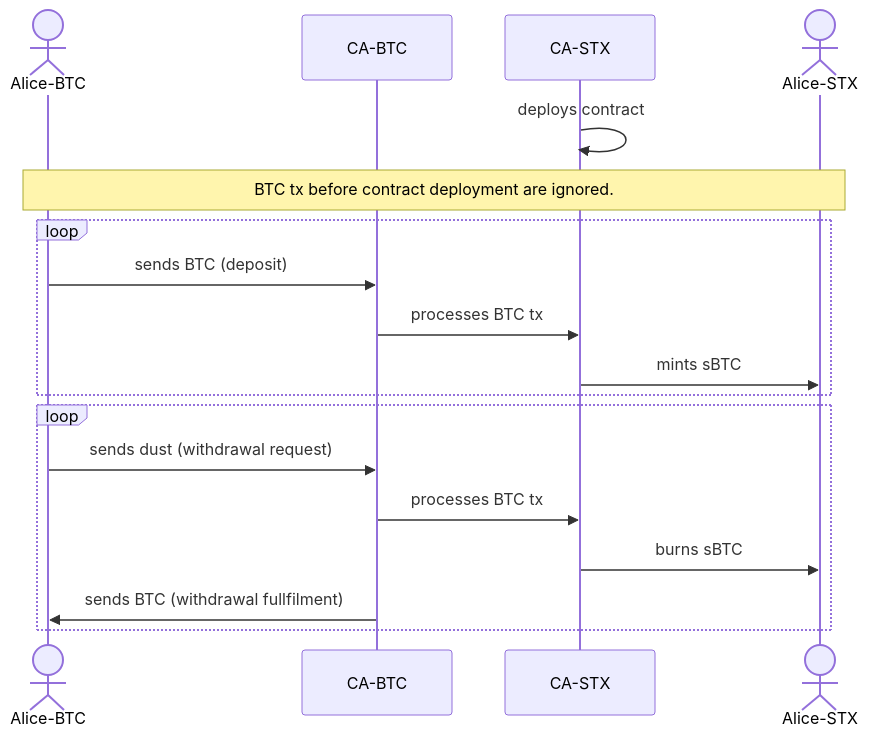
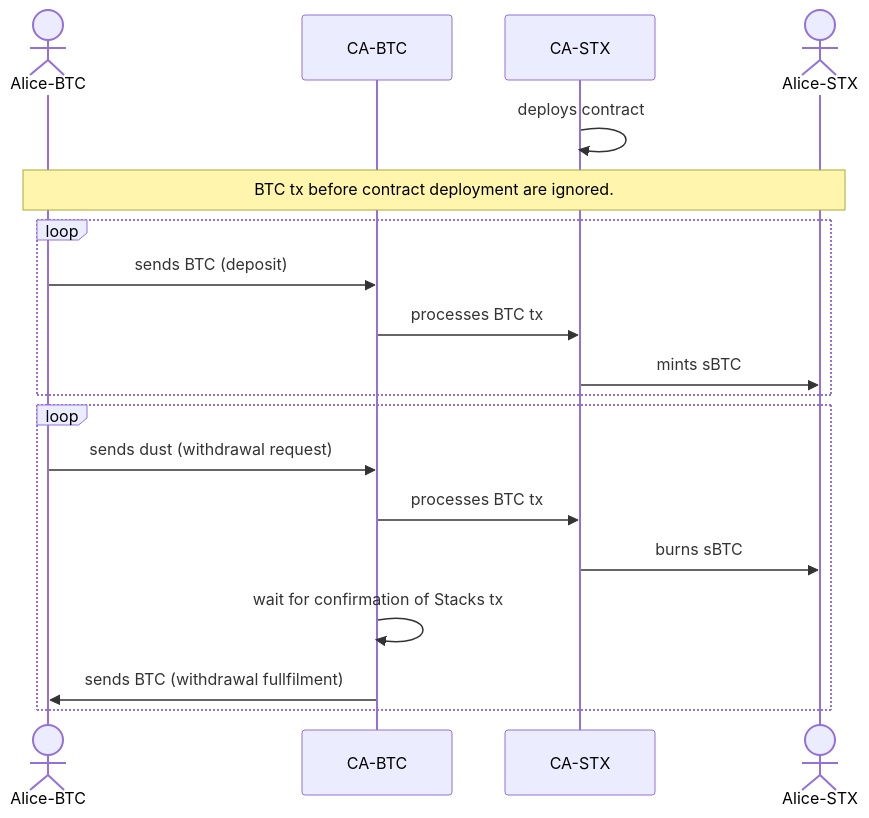
The diagram in src/sbtc-releases/sbtc-dev/get-started.md (stacks-network/sbtc-docs), drawn with Mermaid before and after one commit. The commit also changed other lines of this file and 1 other file, not shown here.

Commit message:
chore: update diagram

````diff
--- a/src/sbtc-releases/sbtc-dev/get-started.md
+++ b/src/sbtc-releases/sbtc-dev/get-started.md
@@ -7,20 +7,21 @@
 ```mermaid
 sequenceDiagram
     actor AB as Alice-BTC
     participant CB as CA-BTC
     participant CS as CA-STX
     actor AS as Alice-STX
     CS ->> CS: deploys contract
     Note over AB, AS: BTC tx before contract deployment are ignored.
     loop
         AB ->> CB: sends BTC (deposit)
         CB ->> CS: processes BTC tx
         CS ->> AS: mints sBTC
     end
     loop
         AB ->> CB: sends dust (withdrawal request)
         CB ->> CS: processes BTC tx
         CS ->> AS: burns sBTC
+        CB ->> CB: wait for confirmation of Stacks tx
         CB ->> AB: sends BTC (withdrawal fullfilment)
     end
 ```
````
